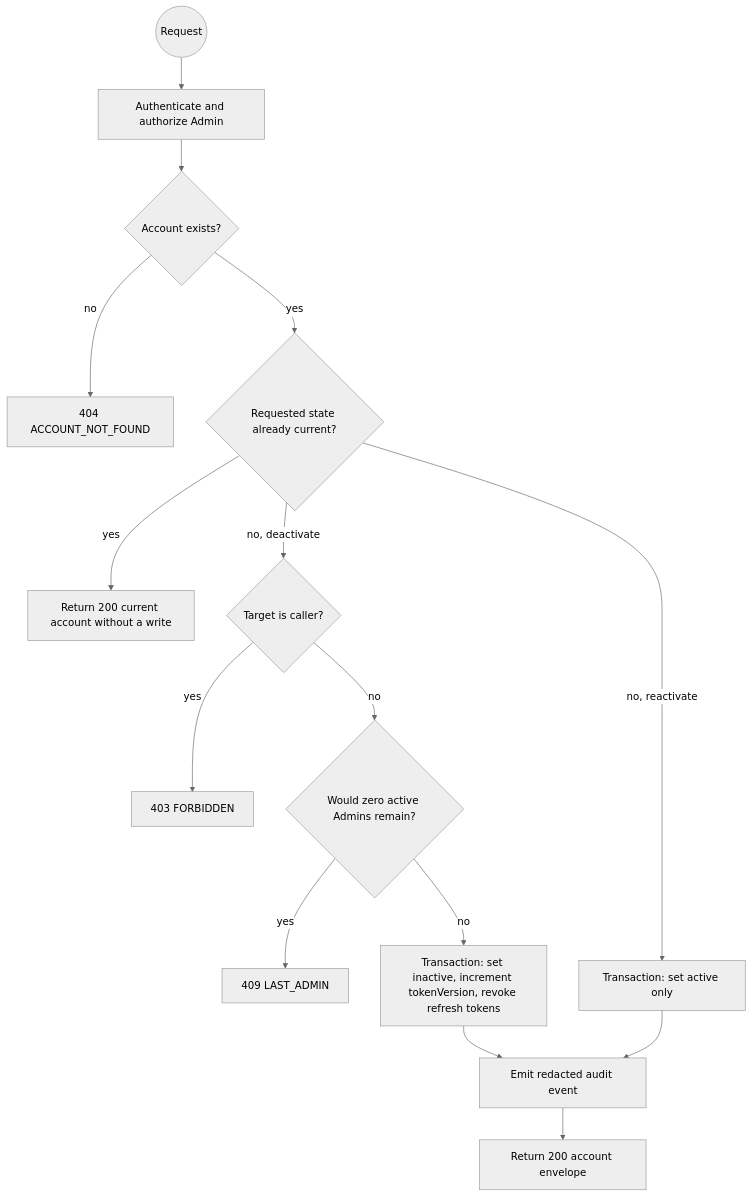
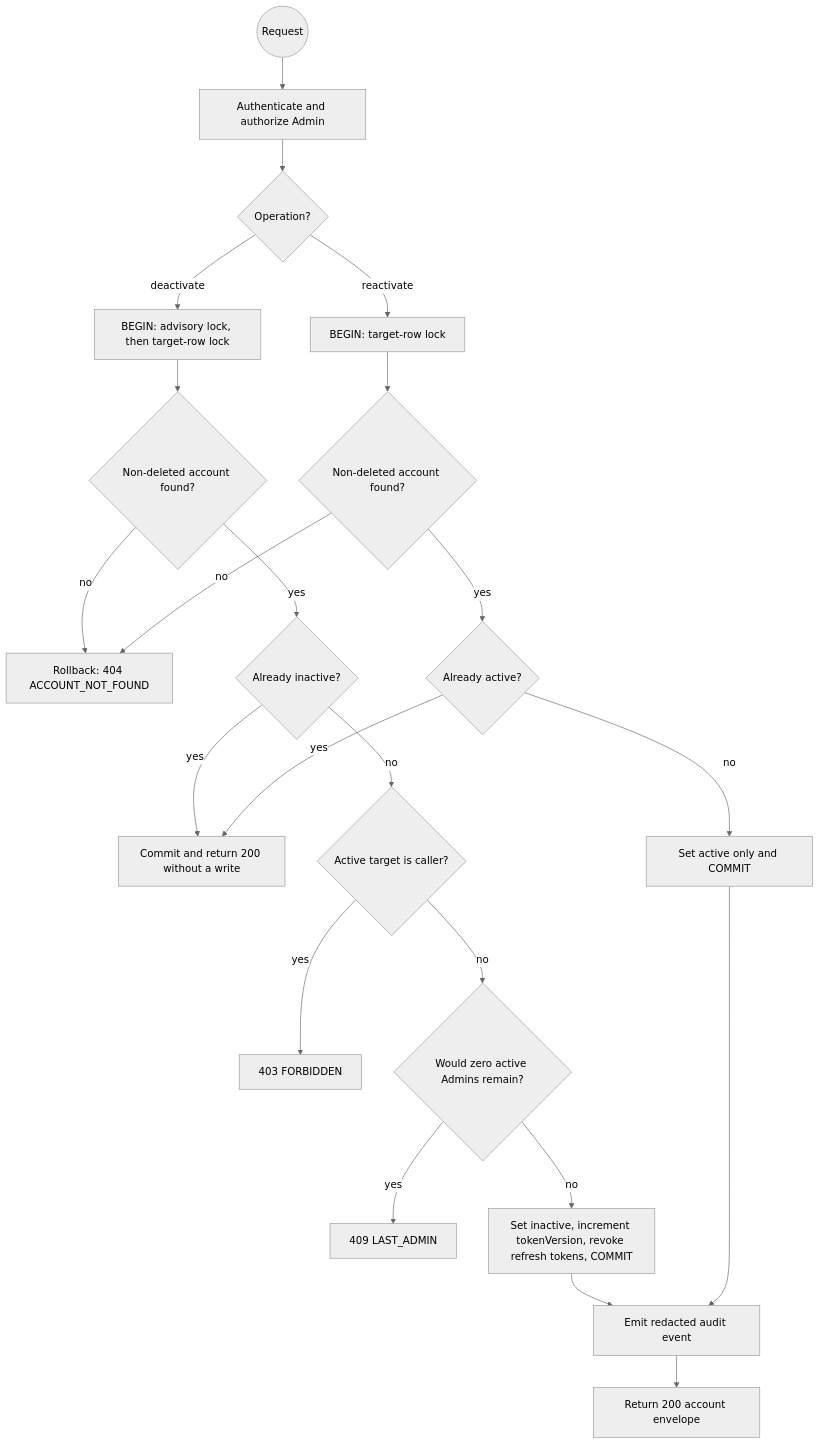
Before and after one commit to TrekLink-Team/treklink-web: the sixth of 6 diagrams in specs/auth/design.md, drawn with Mermaid (neutral theme). The commit also changed other lines of this file and 3 other files, not shown here.

````diff
--- a/specs/auth/design.md
+++ b/specs/auth/design.md
@@ -450,17 +462,24 @@
 ```mermaid
 flowchart TB
     S((Request)) --> A[Authenticate and authorize Admin]
-    A --> B{Account exists?}
-    B -->|no| N[404 ACCOUNT_NOT_FOUND]
-    B -->|yes| C{Requested state already current?}
-    C -->|yes| I[Return 200 current account without a write]
-    C -->|no, deactivate| D{Target is caller?}
+    A --> OP{Operation?}
+    OP -->|deactivate| DL[BEGIN: advisory lock, then target-row lock]
+    DL --> DF{Non-deleted account found?}
+    DF -->|no| N[Rollback: 404 ACCOUNT_NOT_FOUND]
+    DF -->|yes| DI{Already inactive?}
+    DI -->|yes| I[Commit and return 200 without a write]
+    DI -->|no| D{Active target is caller?}
     D -->|yes| X[403 FORBIDDEN]
     D -->|no| L{Would zero active Admins remain?}
     L -->|yes| Z[409 LAST_ADMIN]
-    L -->|no| E[Transaction: set inactive, increment tokenVersion, revoke refresh tokens]
-    C -->|no, reactivate| R[Transaction: set active only]
+    L -->|no| E[Set inactive, increment tokenVersion, revoke refresh tokens, COMMIT]
+    OP -->|reactivate| RL[BEGIN: target-row lock]
+    RL --> RF{Non-deleted account found?}
+    RF -->|no| N
+    RF -->|yes| RI{Already active?}
+    RI -->|yes| I
+    RI -->|no| R[Set active only and COMMIT]
     E --> AU[Emit redacted audit event]
     R --> AU
-    AU --> O[Return 200 account envelope]
+    AU --> OUT[Return 200 account envelope]
 ```
````
